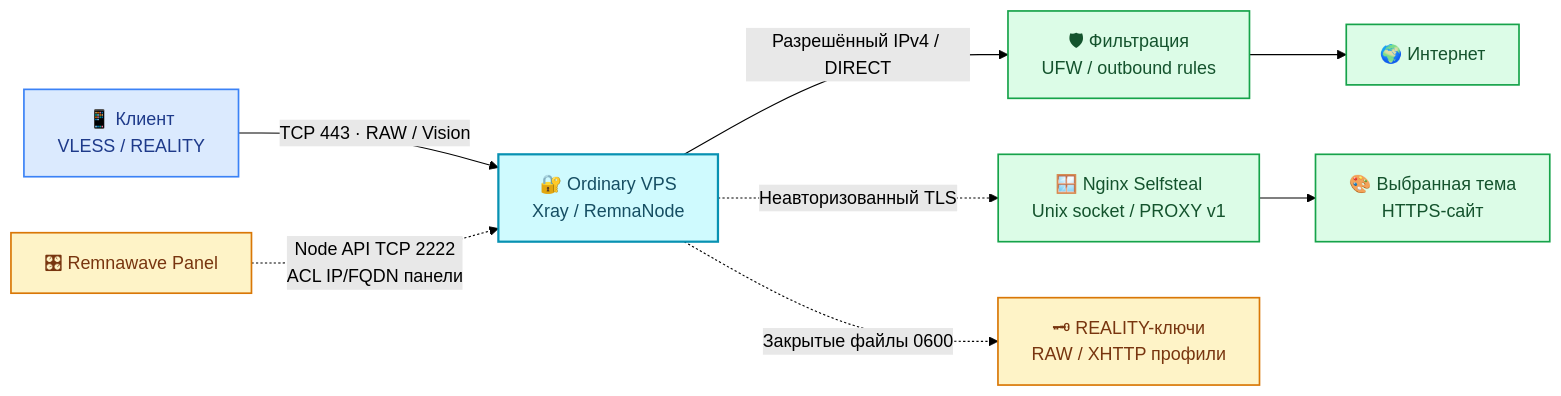
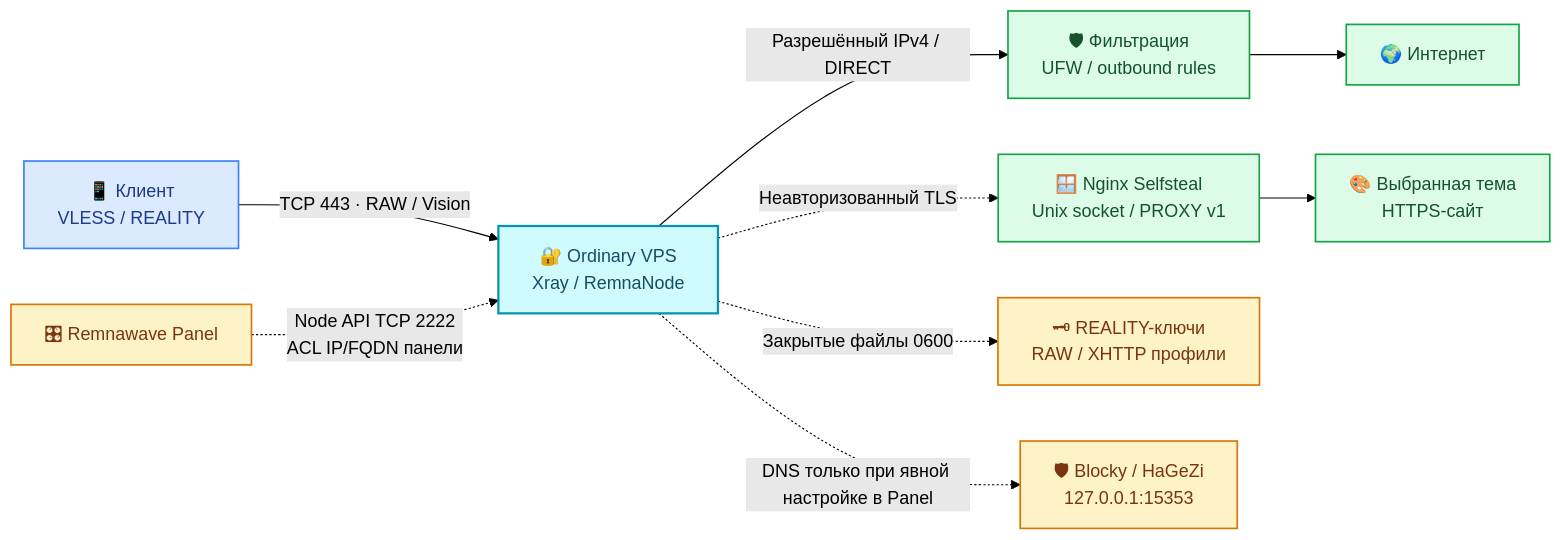
One commit to SUXARIK-GITHUB/Node_Install changed the second of 3 diagrams in README.md. Above: the diagram before and after it, drawn with Mermaid (forest theme). The commit also changed other lines of this file and 16 other files, not shown here.

````diff
--- a/README.md
+++ b/README.md
@@ -172,18 +179,19 @@
 ```mermaid
 flowchart LR
     CLIENT["📱 Клиент<br/>VLESS / REALITY"] -->|"TCP 443 · RAW / Vision"| XRAY["🔐 Ordinary VPS<br/>Xray / RemnaNode"]
     XRAY -->|"Разрешённый IPv4 / DIRECT"| FW["🛡 Фильтрация<br/>UFW / outbound rules"]
     FW --> NET["🌍 Интернет"]
     XRAY -.->|"Неавторизованный TLS"| NGX["🪟 Nginx Selfsteal<br/>Unix socket / PROXY v1"]
     NGX --> SITE["🎨 Выбранная тема<br/>HTTPS-сайт"]
     PANEL["🎛 Remnawave Panel"] -.->|"Node API TCP 2222<br/>ACL IP/FQDN панели"| XRAY
     XRAY -.->|"Закрытые файлы 0600"| KEYS["🗝 REALITY-ключи<br/>RAW / XHTTP профили"]
+    XRAY -.->|"DNS только при явной настройке в Panel"| BLOCKY["🛡 Blocky / HaGeZi<br/>127.0.0.1:15353"]
     classDef client fill:#dbeafe,stroke:#3b82f6,color:#1e3a8a,stroke-width:1.5px;
     classDef core fill:#cffafe,stroke:#0891b2,color:#164e63,stroke-width:2px;
     classDef net fill:#dcfce7,stroke:#16a34a,color:#14532d,stroke-width:1.5px;
     classDef ctl fill:#fef3c7,stroke:#d97706,color:#78350f,stroke-width:1.5px;
     class CLIENT client;
     class XRAY core;
     class FW,NET,NGX,SITE net;
-    class PANEL,KEYS ctl;
+    class PANEL,KEYS,BLOCKY ctl;
 ```
````
